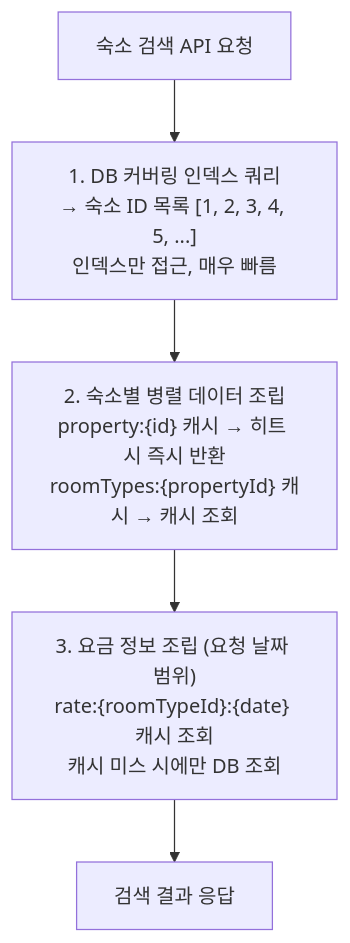
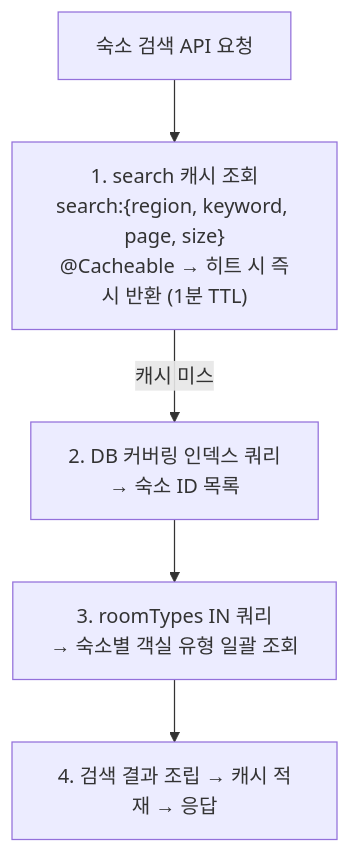
Before and after one commit to jaeminLee524/jemini-stayhost: the second of 4 diagrams in docs/design/05-cache-strategy.md, drawn with Mermaid. The commit also changed other lines of this file and 4 other files, not shown here.

````diff
--- a/docs/design/05-cache-strategy.md
+++ b/docs/design/05-cache-strategy.md
@@ -227,12 +215,12 @@
 ```mermaid
 flowchart TD
     A[숙소 검색 API 요청] --> B
 
-    B["1. DB 커버링 인덱스 쿼리\n→ 숙소 ID 목록 [1, 2, 3, 4, 5, ...]\n인덱스만 접근, 매우 빠름"]
+    B["1. search 캐시 조회\nsearch:{region, keyword, page, size}\n@Cacheable → 히트 시 즉시 반환 (1분 TTL)"]
 
-    B --> C["2. 숙소별 병렬 데이터 조립\nproperty:{id} 캐시 → 히트 시 즉시 반환\nroomTypes:{propertyId} 캐시 → 캐시 조회"]
+    B -->|캐시 미스| C["2. DB 커버링 인덱스 쿼리\n→ 숙소 ID 목록"]
 
-    C --> D["3. 요금 정보 조립 (요청 날짜 범위)\nrate:{roomTypeId}:{date} 캐시 조회\n캐시 미스 시에만 DB 조회"]
+    C --> D["3. roomTypes IN 쿼리\n→ 숙소별 객실 유형 일괄 조회"]
 
-    D --> E[검색 결과 응답]
+    D --> E["4. 검색 결과 조립 → 캐시 적재 → 응답"]
 ```
````
